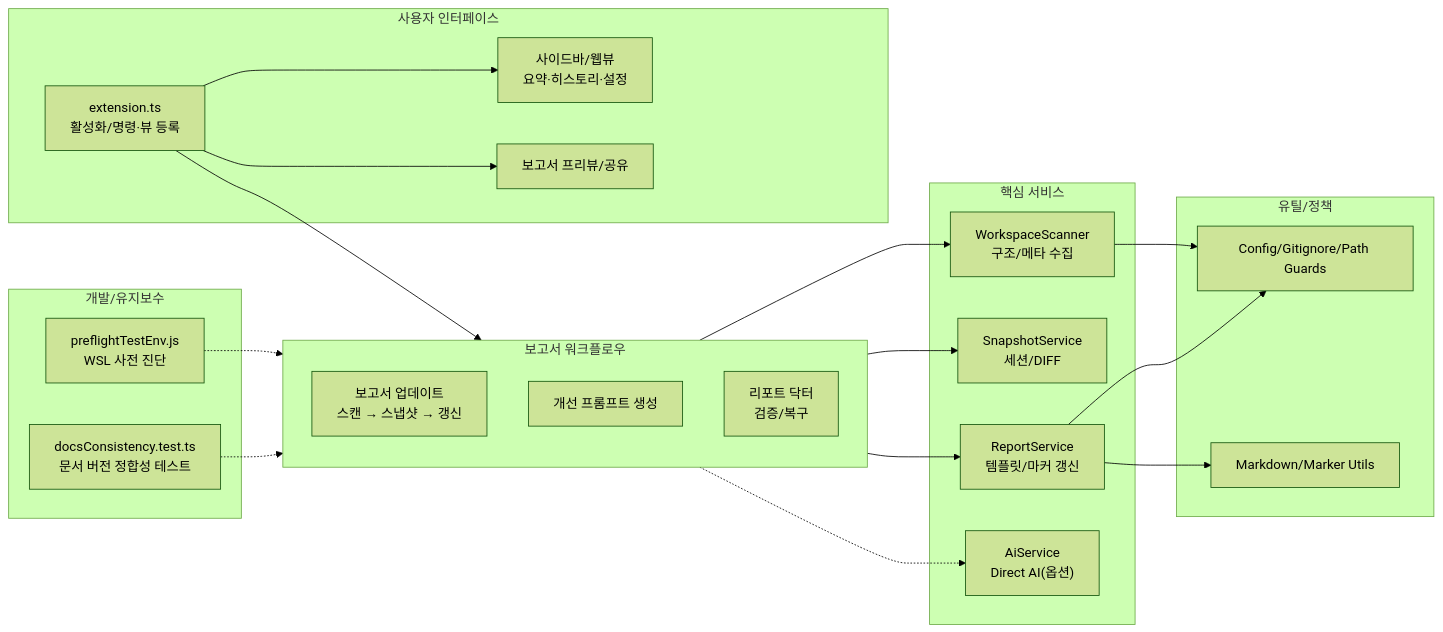
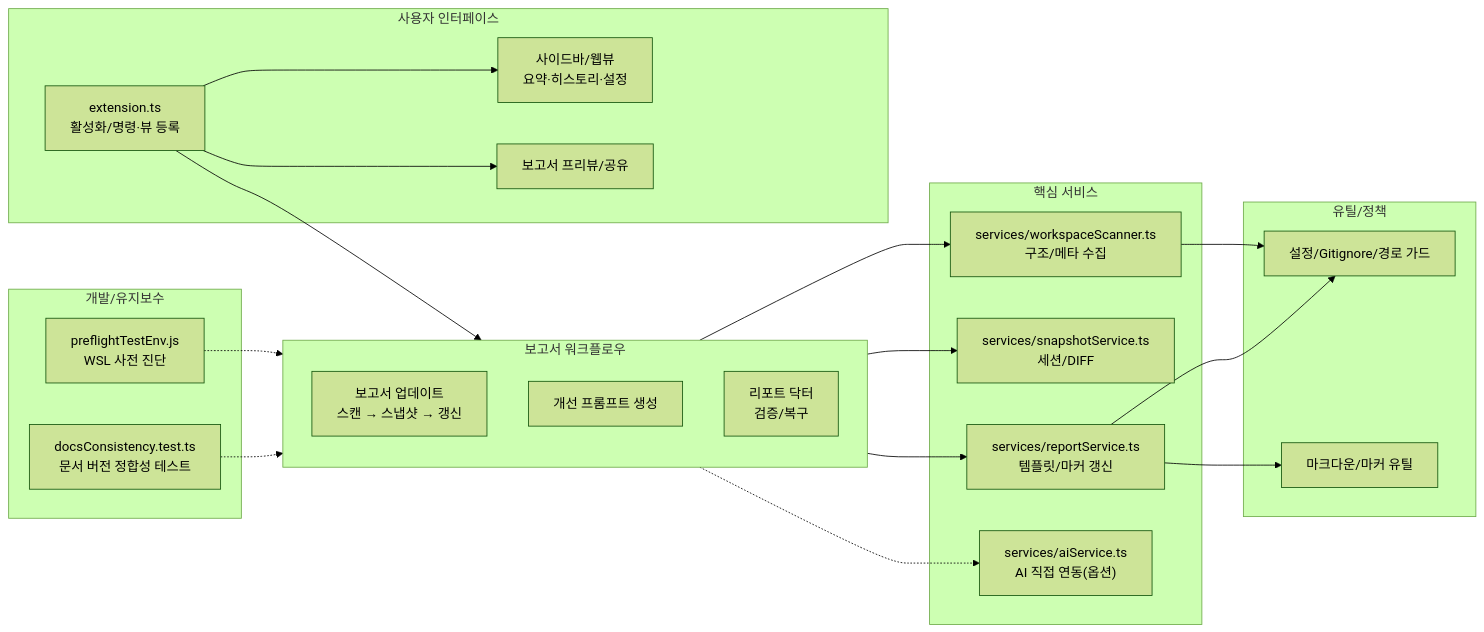
One commit to Stankjedi/projectmanager changed the second of 2 diagrams in devplan/Project_Evaluation_Report.md. Above: the diagram before and after it, drawn with Mermaid (forest theme). The commit also changed other lines of this file and 38 other files, not shown here.

````diff
--- a/devplan/Project_Evaluation_Report.md
+++ b/devplan/Project_Evaluation_Report.md
@@ -115,47 +117,47 @@
 ```mermaid
 flowchart LR
     subgraph UI["사용자 인터페이스"]
         Ext["extension.ts<br/>활성화/명령·뷰 등록"]
         Views["사이드바/웹뷰<br/>요약·히스토리·설정"]
         Preview["보고서 프리뷰/공유"]
     end
 
     subgraph Workflow["보고서 워크플로우"]
         Update["보고서 업데이트<br/>스캔 → 스냅샷 → 갱신"]
         Prompt["개선 프롬프트 생성"]
         Doctor["리포트 닥터<br/>검증/복구"]
     end
 
     subgraph Core["핵심 서비스"]
-        Scanner["WorkspaceScanner<br/>구조/메타 수집"]
-        Snapshot["SnapshotService<br/>세션/DIFF"]
-        ReportSvc["ReportService<br/>템플릿/마커 갱신"]
-        AI["AiService<br/>Direct AI(옵션)"]
+        Scanner["services/workspaceScanner.ts<br/>구조/메타 수집"]
+        Snapshot["services/snapshotService.ts<br/>세션/DIFF"]
+        ReportSvc["services/reportService.ts<br/>템플릿/마커 갱신"]
+        AI["services/aiService.ts<br/>AI 직접 연동(옵션)"]
     end
 
     subgraph Policy["유틸/정책"]
-        Rules["Config/Gitignore/Path Guards"]
-        Markdown["Markdown/Marker Utils"]
+        Rules["설정/Gitignore/경로 가드"]
+        Markdown["마크다운/마커 유틸"]
     end
 
     subgraph Tooling["개발/유지보수"]
         Preflight["preflightTestEnv.js<br/>WSL 사전 진단"]
         DocsCheck["docsConsistency.test.ts<br/>문서 버전 정합성 테스트"]
     end
 
     Ext --> Views
     Ext --> Preview
     Ext --> Workflow
 
     Workflow --> Scanner
     Workflow --> Snapshot
     Workflow --> ReportSvc
     Workflow -.-> AI
 
     Scanner --> Rules
     ReportSvc --> Markdown
     ReportSvc --> Rules
 
     Preflight -.-> Workflow
     DocsCheck -.-> Workflow
 ```
````
